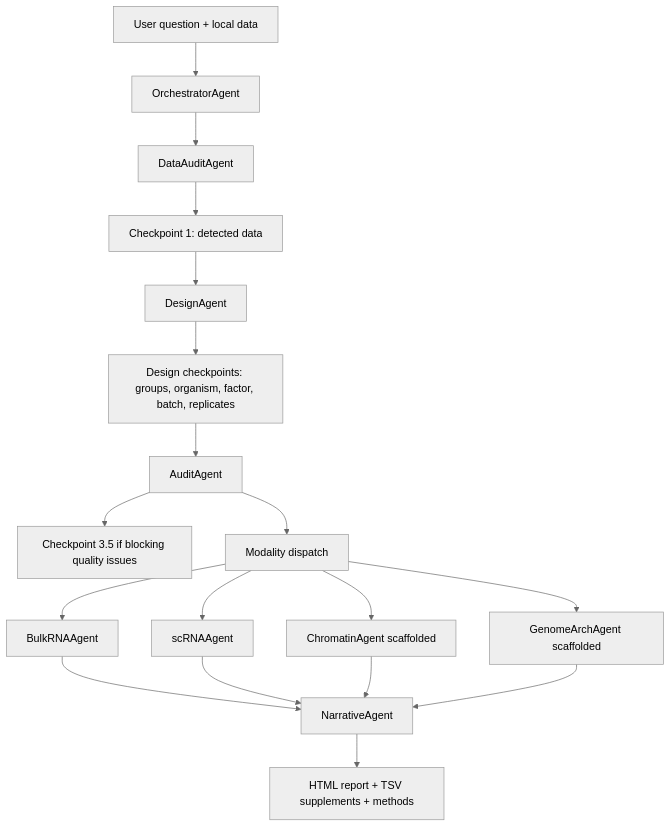
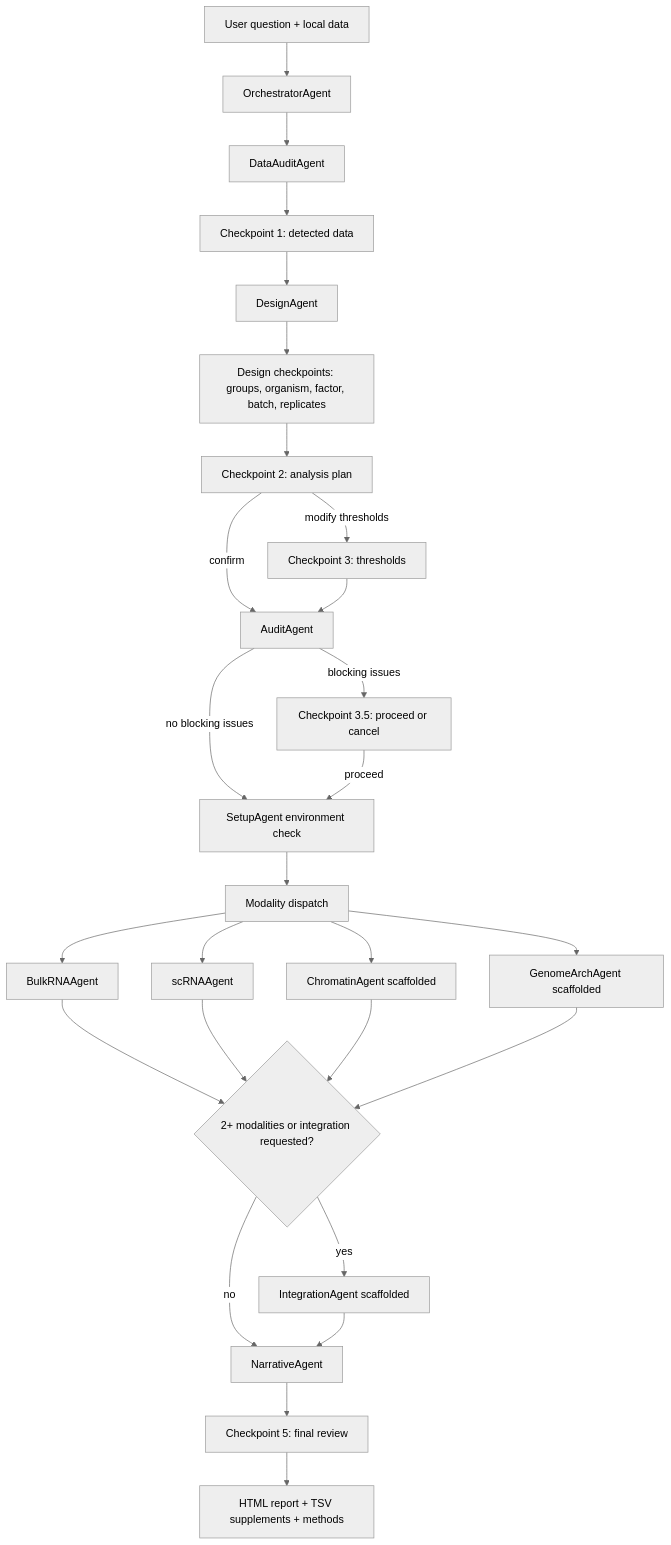
One commit to Olascoaga/aria-omics changed the diagram in docs/architecture/overview.md. Above: the diagram before and after it, drawn with Mermaid (neutral theme). The commit also changed other lines of this file and 8 other files, not shown here.

Commit message:
Align documentation diagrams with agent flow

````diff
--- a/docs/architecture/overview.md
+++ b/docs/architecture/overview.md
@@ -15,20 +15,29 @@
 ```mermaid
 flowchart TD
     U[User question + local data] --> O[OrchestratorAgent]
     O --> DA[DataAuditAgent]
     DA --> CP1[Checkpoint 1: detected data]
     CP1 --> D[DesignAgent]
     D --> CP2[Design checkpoints: groups, organism, factor, batch, replicates]
-    CP2 --> A[AuditAgent]
-    A --> CP35[Checkpoint 3.5 if blocking quality issues]
-    A --> DISPATCH[Modality dispatch]
+    CP2 --> PLAN[Checkpoint 2: analysis plan]
+    PLAN -->|confirm| A[AuditAgent]
+    PLAN -->|modify thresholds| CP3[Checkpoint 3: thresholds]
+    CP3 --> A
+    A -->|blocking issues| CP35[Checkpoint 3.5: proceed or cancel]
+    A -->|no blocking issues| SETUP[SetupAgent environment check]
+    CP35 -->|proceed| SETUP
+    SETUP --> DISPATCH[Modality dispatch]
     DISPATCH --> B[BulkRNAAgent]
     DISPATCH --> S[scRNAAgent]
     DISPATCH --> C[ChromatinAgent scaffolded]
     DISPATCH --> H[GenomeArchAgent scaffolded]
-    B --> N[NarrativeAgent]
-    S --> N
-    C --> N
-    H --> N
-    N --> R[HTML report + TSV supplements + methods]
+    B --> MAYBEINT{2+ modalities or integration requested?}
+    S --> MAYBEINT
+    C --> MAYBEINT
+    H --> MAYBEINT
+    MAYBEINT -->|yes| INT[IntegrationAgent scaffolded]
+    MAYBEINT -->|no| N[NarrativeAgent]
+    INT --> N
+    N --> CP5[Checkpoint 5: final review]
+    CP5 --> R[HTML report + TSV supplements + methods]
 ```
````
